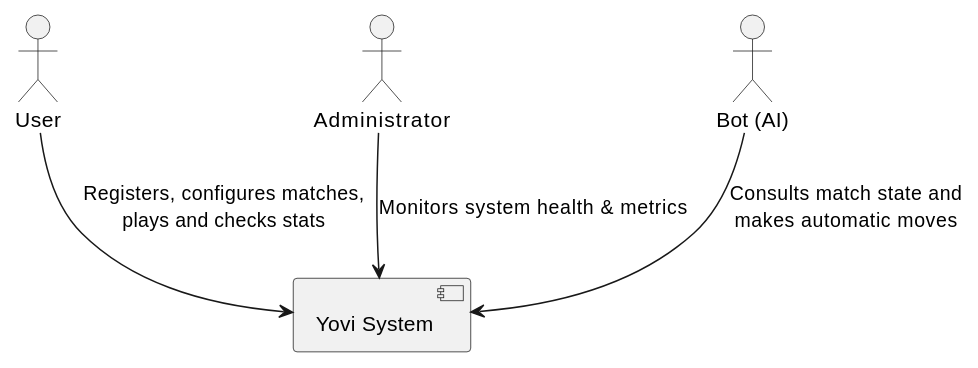
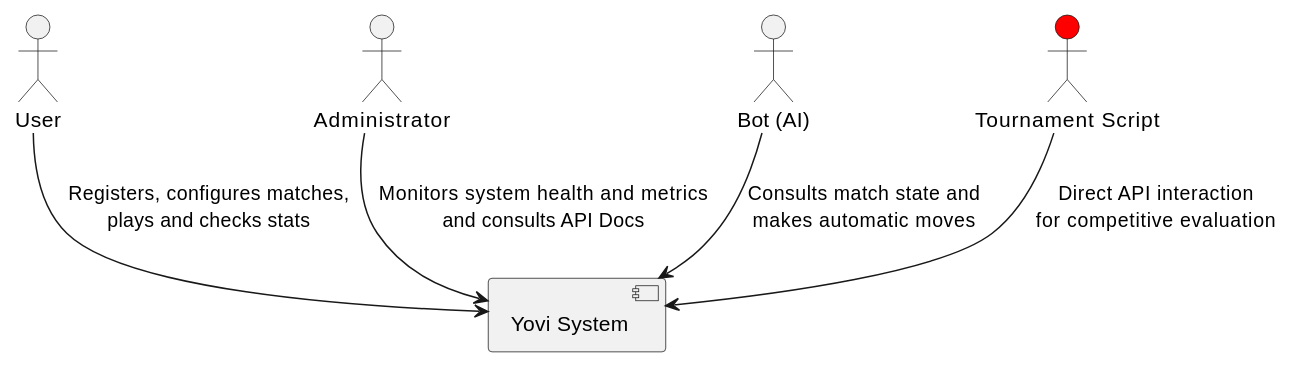
Before and after one commit to Arquisoft/yovi_es1a: the first of 2 diagrams in docs/src/03_context_and_scope.adoc, drawn with PlantUML. The commit also changed other lines of this file, not shown here.

```diff
--- a/docs/src/03_context_and_scope.adoc
+++ b/docs/src/03_context_and_scope.adoc
@@ -39,17 +8,19 @@
 [plantuml]
 ----
 @startuml
 skinparam componentStyle uml2
 
 actor "User" as user
 actor "Administrator" as admin
 actor "Bot (AI)" as bot
+actor "Tournament Script" as tourney #Red
 
 component  "Yovi System" as yovi
 
 user --> yovi : Registers, configures matches,\nplays and checks stats
-admin --> yovi : Monitors system health & metrics
+admin --> yovi : Monitors system health and metrics\nand consults API Docs
 bot --> yovi : Consults match state and\nmakes automatic moves
+tourney --> yovi : Direct API interaction\nfor competitive evaluation
 
 @enduml
 ----
```
